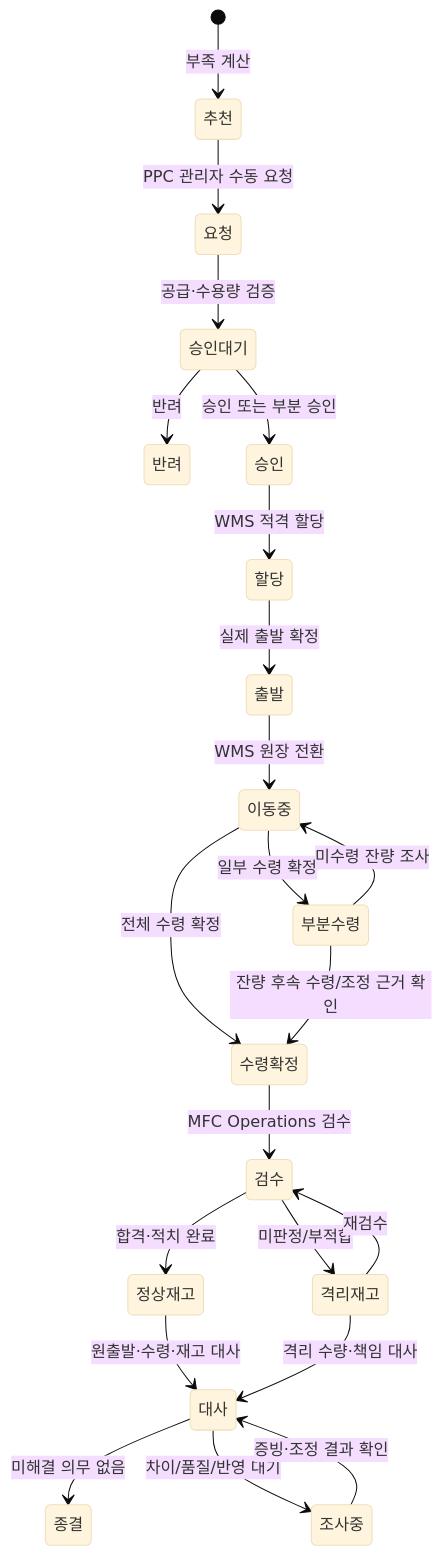
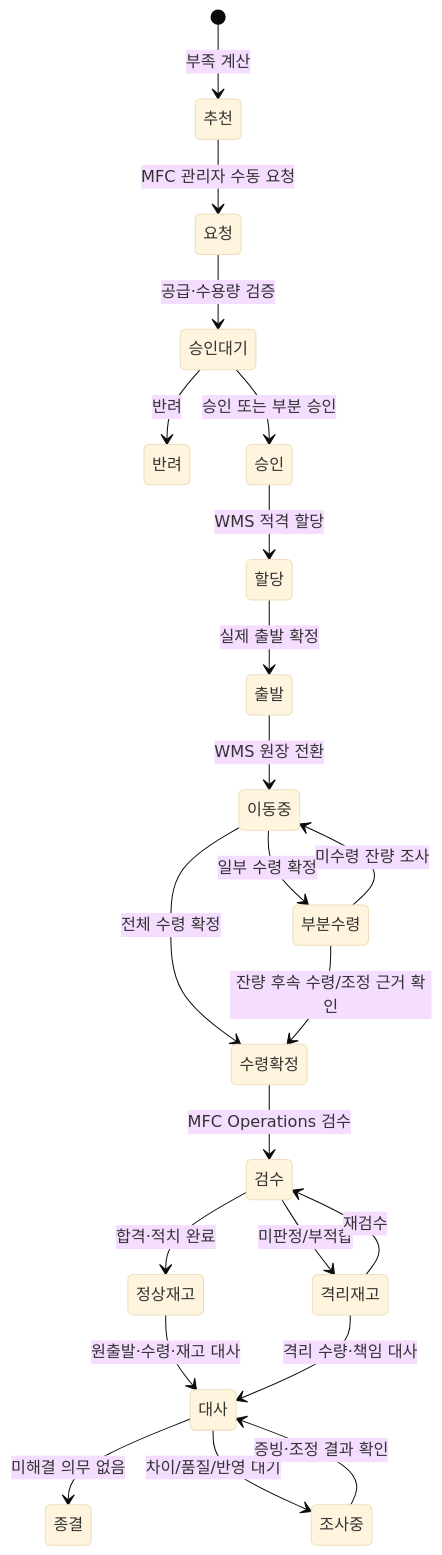
Before and after one commit to hsoh-collab/bmart-analysis: the fourth of 6 diagrams in 03. v1-Logistics/TMS-SCM/TMS-business-logic-diagrams.md, drawn with Mermaid (base theme). The commit also changed other lines of this file and 3 other files, not shown here.

````diff
--- a/03. v1-Logistics/TMS-SCM/TMS-business-logic-diagrams.md
+++ b/03. v1-Logistics/TMS-SCM/TMS-business-logic-diagrams.md
@@ -103,24 +103,24 @@
 ```mermaid
 stateDiagram-v2
     [*] --> 추천: 부족 계산
-    추천 --> 요청: PPC 관리자 수동 요청
+    추천 --> 요청: MFC 관리자 수동 요청
     요청 --> 승인대기: 공급·수용량 검증
     승인대기 --> 반려: 반려
     승인대기 --> 승인: 승인 또는 부분 승인
     승인 --> 할당: WMS 적격 할당
     할당 --> 출발: 실제 출발 확정
     출발 --> 이동중: WMS 원장 전환
     이동중 --> 부분수령: 일부 수령 확정
     이동중 --> 수령확정: 전체 수령 확정
     부분수령 --> 이동중: 미수령 잔량 조사
     부분수령 --> 수령확정: 잔량 후속 수령/조정 근거 확인
     수령확정 --> 검수: MFC Operations 검수
     검수 --> 정상재고: 합격·적치 완료
     검수 --> 격리재고: 미판정/부적합
     격리재고 --> 검수: 재검수
     정상재고 --> 대사: 원출발·수령·재고 대사
     격리재고 --> 대사: 격리 수량·책임 대사
     대사 --> 종결: 미해결 의무 없음
     대사 --> 조사중: 차이/품질/반영 대기
     조사중 --> 대사: 증빙·조정 결과 확인
 ```
````
